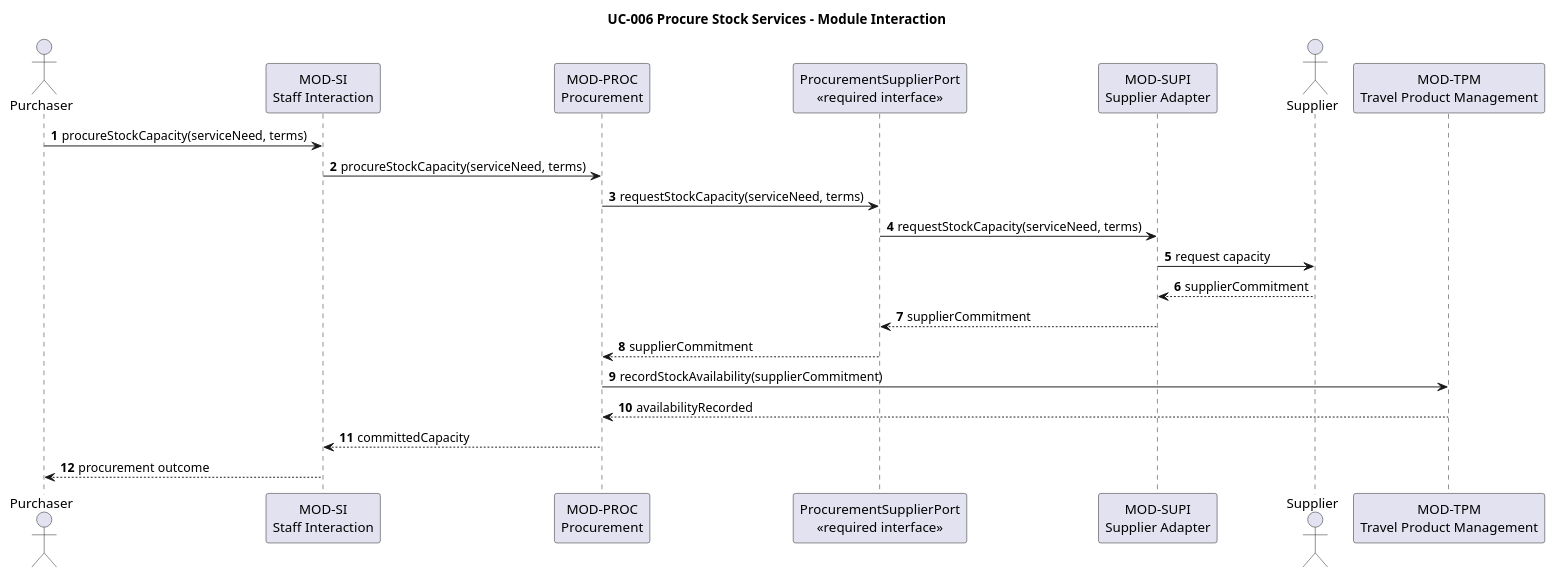
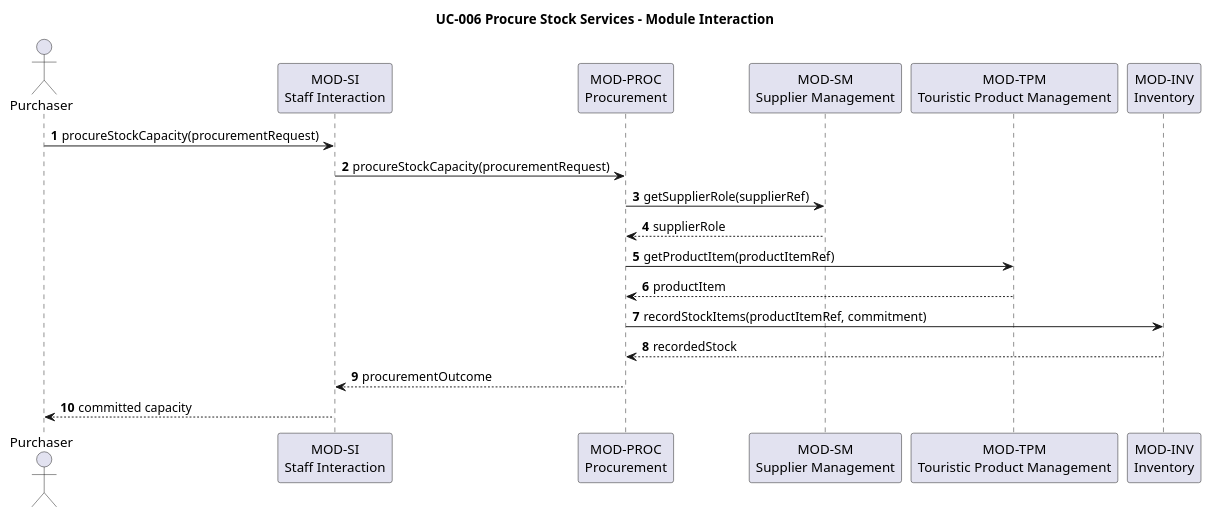
The diagram in docs/architecture/software-architecture/uc-006-procure-stock-services.puml (hochschule-darmstadt/a3se_app), drawn with PlantUML before and after one commit. The commit also changed 100 other files, not shown here.

Commit message:
Refine domain, software architecture, and data model

```diff
--- a/docs/architecture/software-architecture/uc-006-procure-stock-services.puml
+++ b/docs/architecture/software-architecture/uc-006-procure-stock-services.puml
@@ -1,24 +1,21 @@
 @startuml
 title UC-006 Procure Stock Services - Module Interaction
 autonumber
 actor Purchaser
 participant "MOD-SI\nStaff Interaction" as SI
 participant "MOD-PROC\nProcurement" as PROC
-participant "ProcurementSupplierPort\n<<required interface>>" as PORT
-participant "MOD-SUPI\nSupplier Adapter" as SUPI
-actor Supplier
-participant "MOD-TPM\nTravel Product Management" as TPM
+participant "MOD-SM\nSupplier Management" as SM
+participant "MOD-TPM\nTouristic Product Management" as TPM
+participant "MOD-INV\nInventory" as INV
 
-Purchaser -> SI: procureStockCapacity(serviceNeed, terms)
-SI -> PROC: procureStockCapacity(serviceNeed, terms)
-PROC -> PORT: requestStockCapacity(serviceNeed, terms)
-PORT -> SUPI: requestStockCapacity(serviceNeed, terms)
-SUPI -> Supplier: request capacity
-Supplier --> SUPI: supplierCommitment
-SUPI --> PORT: supplierCommitment
-PORT --> PROC: supplierCommitment
-PROC -> TPM: recordStockAvailability(supplierCommitment)
-TPM --> PROC: availabilityRecorded
-PROC --> SI: committedCapacity
-SI --> Purchaser: procurement outcome
+Purchaser -> SI: procureStockCapacity(procurementRequest)
+SI -> PROC: procureStockCapacity(procurementRequest)
+PROC -> SM: getSupplierRole(supplierRef)
+SM --> PROC: supplierRole
+PROC -> TPM: getProductItem(productItemRef)
+TPM --> PROC: productItem
+PROC -> INV: recordStockItems(productItemRef, commitment)
+INV --> PROC: recordedStock
+PROC --> SI: procurementOutcome
+SI --> Purchaser: committed capacity
 @enduml
```
